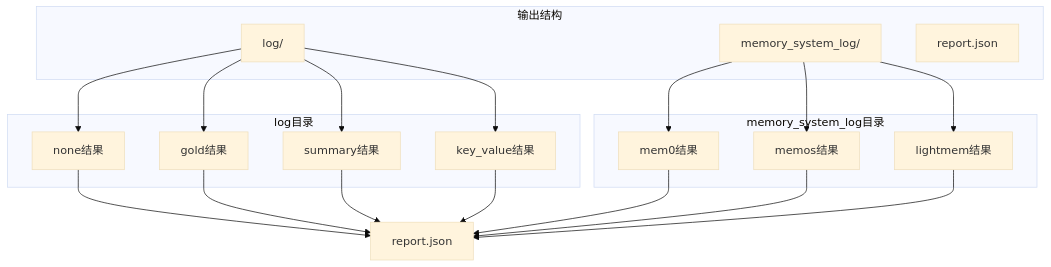
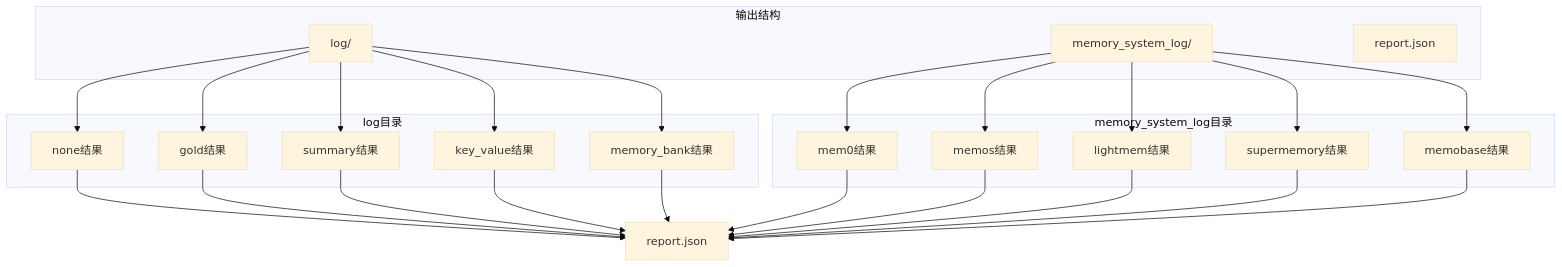
Before and after one commit to MiyakoMeow/DrivePal: diagram 37 of 41 in BENCHMARK-VehicleMemBench.md, drawn with Mermaid (base theme). The commit also changed other lines of this file and 3 other files, not shown here.

````diff
--- a/BENCHMARK-VehicleMemBench.md
+++ b/BENCHMARK-VehicleMemBench.md
@@ -1434,29 +1438,35 @@
 ```mermaid
 graph TB
     subgraph 输出结构
         LOG[log/] 
         ML["memory_system_log/"]
         REP[report.json]
     end
     
     subgraph log目录
         LOG --> L1["none结果"]
         LOG --> L2["gold结果"]
         LOG --> L3["summary结果"]
         LOG --> L4["key_value结果"]
+        LOG --> L5["memory_bank结果"]
     end
     
     subgraph memory_system_log目录
         ML --> M1["mem0结果"]
         ML --> M2["memos结果"]
         ML --> M3["lightmem结果"]
+        ML --> M4["supermemory结果"]
+        ML --> M5["memobase结果"]
     end
     
     L1 --> R[report.json]
     L2 --> R
     L3 --> R
     L4 --> R
+    L5 --> R
     M1 --> R
     M2 --> R
     M3 --> R
+    M4 --> R
+    M5 --> R
 ```
````
